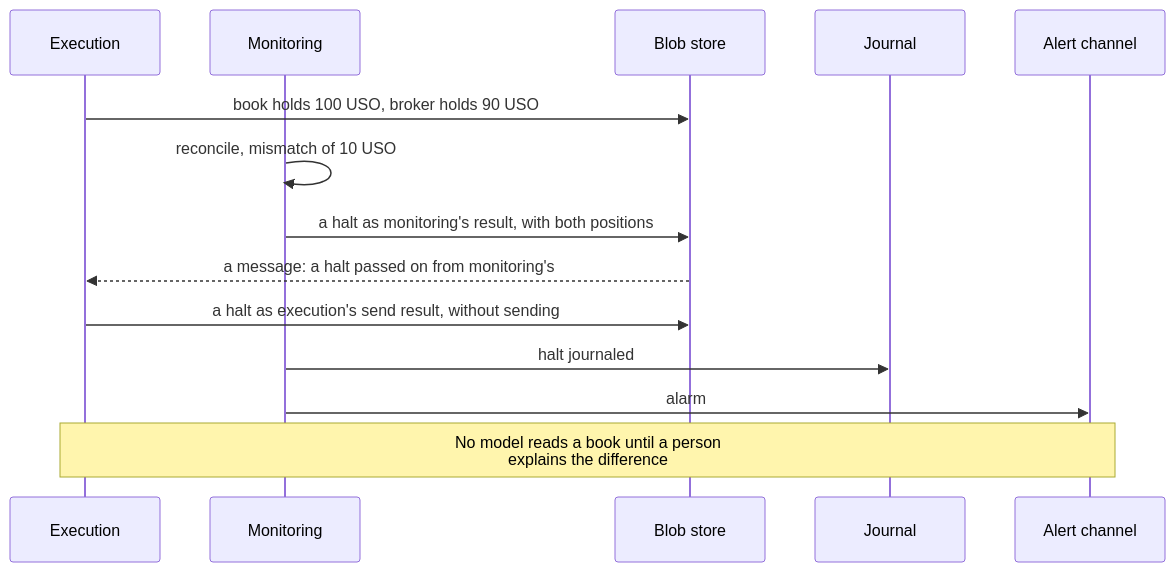
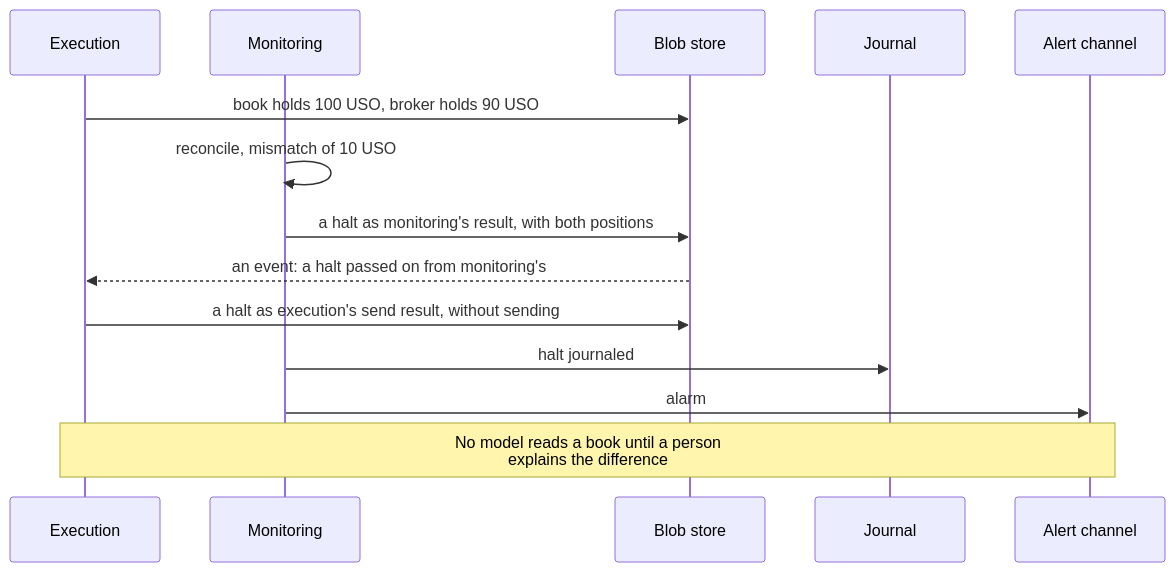
One commit to l3a0/ithildin-runtime changed the eighth of 16 diagrams in docs/architecture.md. Above: the diagram before and after it, drawn with Mermaid. The commit also changed other lines of this file and 1 other file, not shown here.

````diff
--- a/docs/architecture.md
+++ b/docs/architecture.md
@@ -820,17 +814,17 @@
 ```mermaid
 sequenceDiagram
     participant X as Execution
     participant M as Monitoring
     participant F as Blob store
     participant J as Journal
     participant L as Alert channel
 
     X->>F: book holds 100 USO, broker holds 90 USO
     M->>M: reconcile, mismatch of 10 USO
     M->>F: a halt as monitoring's result, with both positions
-    F-->>X: a message: a halt passed on from monitoring's
+    F-->>X: an event: a halt passed on from monitoring's
     X->>F: a halt as execution's send result, without sending
     M->>J: halt journaled
     M->>L: alarm
     Note over X,L: No model reads a book until a person<br/>explains the difference
 ```
````
